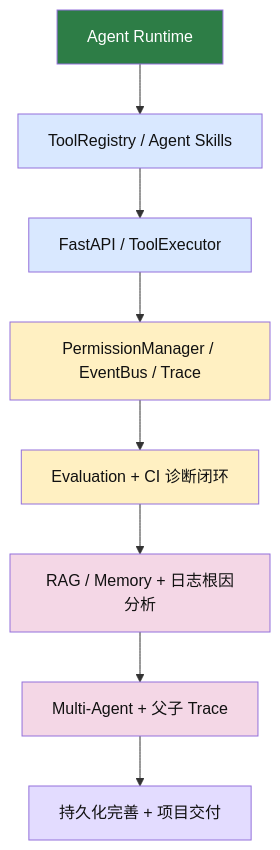
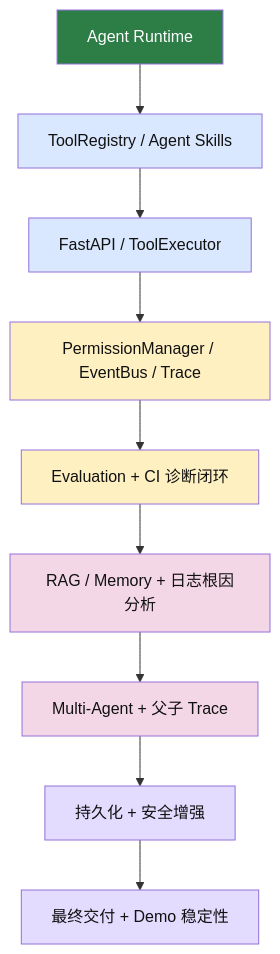
Before and after one commit to Dracarys6/DevAgent: the third of 3 diagrams in README.md, drawn with Mermaid. The commit also changed other lines of this file and 1 other file, not shown here.

Commit message:
更新项目规划

````diff
--- a/README.md
+++ b/README.md
@@ -290,20 +290,22 @@
 ```mermaid
 flowchart TD
     A[Agent Runtime]
     A --> B[ToolRegistry / Agent Skills]
     B --> C[FastAPI / ToolExecutor]
     C --> D[PermissionManager / EventBus / Trace]
     D --> E[Evaluation + CI 诊断闭环]
     E --> F[RAG / Memory + 日志根因分析]
     F --> G[Multi-Agent + 父子 Trace]
-    G --> H[持久化完善 + 项目交付]
+    G --> H[持久化 + 安全增强]
+    H --> I[最终交付 + Demo 稳定性]
 
     style A fill:#2d7d46,color:#fff
     style B fill:#d9e8ff,color:#111
     style C fill:#d9e8ff,color:#111
     style D fill:#fff0c2,color:#111
     style E fill:#fff0c2,color:#111
     style F fill:#f4d7e6,color:#111
     style G fill:#f4d7e6,color:#111
     style H fill:#e3dcff,color:#111
+    style I fill:#e3dcff,color:#111
 ```
````
